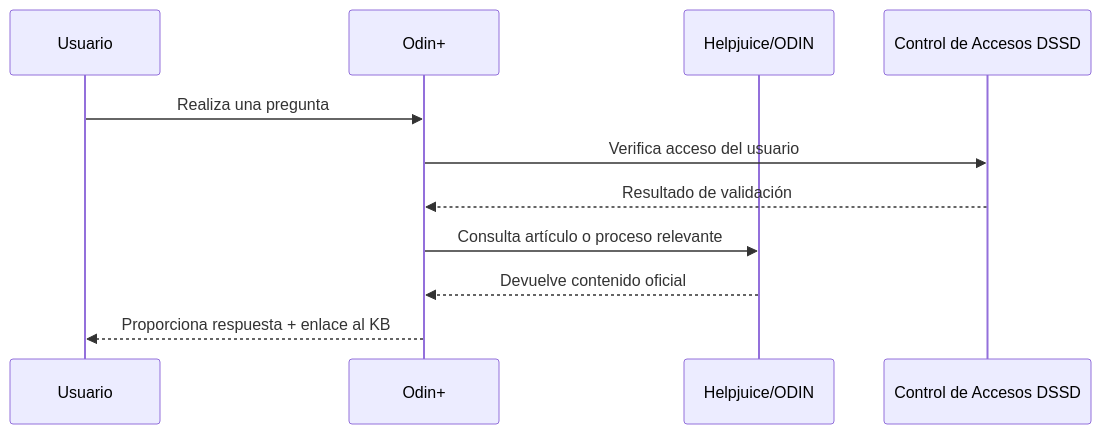
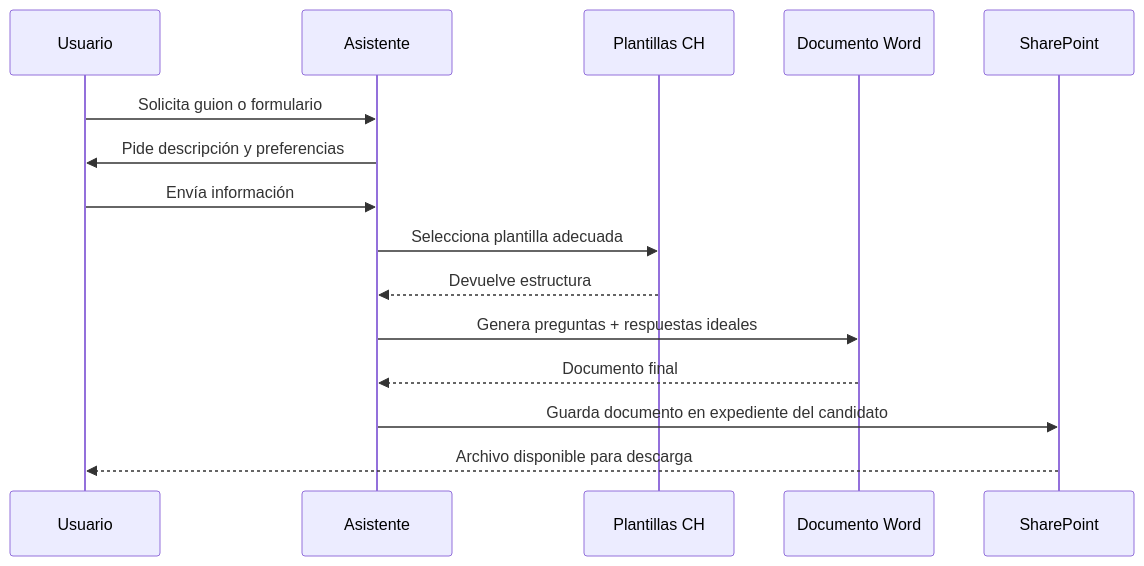
The second of 2 diagrams in README.md (lab-innovacion-caf/Agentes), drawn with Mermaid before and after one commit. The commit also changed other lines of this file, not shown here.

````diff
--- a/README.md
+++ b/README.md
@@ -127,14 +147,18 @@
 ```mermaid
 sequenceDiagram
     participant Usuario
-    participant Odin as Odin+
-    participant KB as Helpjuice/ODIN
-    participant Permisos as Control de Accesos DSSD
+    participant Asistente
+    participant Plantillas as Plantillas CH
+    participant Word as Documento Word
+    participant SP as SharePoint
 
-    Usuario->>Odin: Realiza una pregunta
-    Odin->>Permisos: Verifica acceso del usuario
-    Permisos-->>Odin: Resultado de validación
-    Odin->>KB: Consulta artículo o proceso relevante
-    KB-->>Odin: Devuelve contenido oficial
-    Odin-->>Usuario: Proporciona respuesta + enlace al KB
+    Usuario->>Asistente: Solicita guion o formulario
+    Asistente->>Usuario: Pide descripción y preferencias
+    Usuario->>Asistente: Envía información
+    Asistente->>Plantillas: Selecciona plantilla adecuada
+    Plantillas-->>Asistente: Devuelve estructura
+    Asistente->>Word: Genera preguntas + respuestas ideales
+    Word-->>Asistente: Documento final
+    Asistente->>SP: Guarda documento en expediente del candidato
+    SP-->>Usuario: Archivo disponible para descarga
 ```
````
